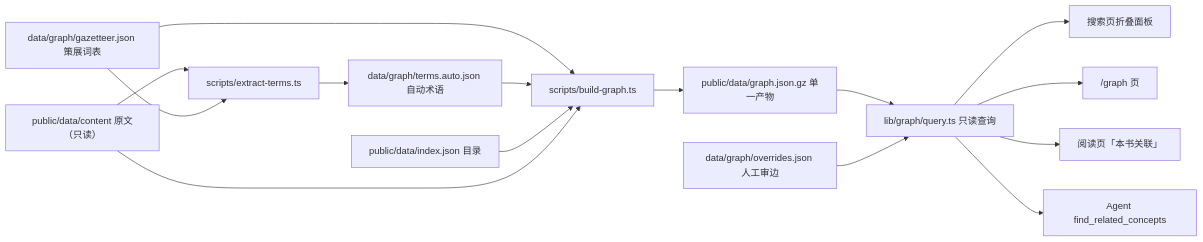
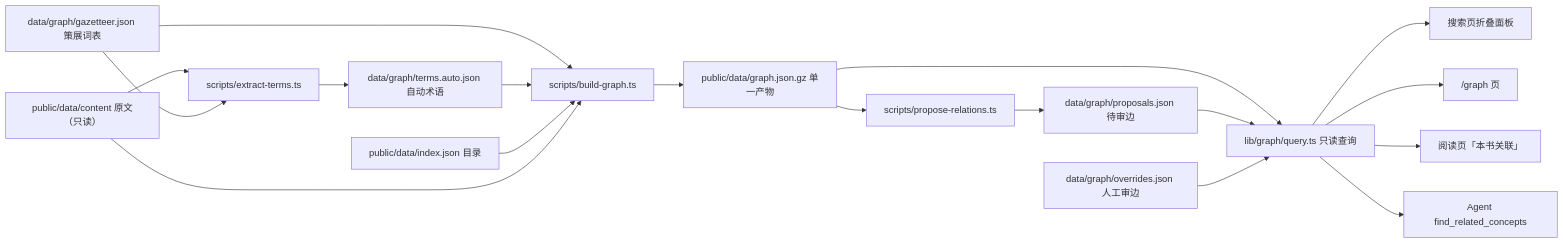
Before and after one commit to DaimaRuge/daozang-web-main: the first of 2 diagrams in docs/ARCHITECTURE.md, drawn with Mermaid. The commit also changed other lines of this file and 19 other files, not shown here.

First line of the commit message:
feat(graph): 补神祇上位、目录简繁筛选、待审关系抽取

````diff
--- a/docs/ARCHITECTURE.md
+++ b/docs/ARCHITECTURE.md
@@ -59,17 +59,20 @@
 ```mermaid
 flowchart LR
   content["public/data/content 原文（只读）"] --> extract["scripts/extract-terms.ts"]
   gaz["data/graph/gazetteer.json 策展词表"] --> extract
   extract --> auto["data/graph/terms.auto.json 自动术语"]
   gaz --> build["scripts/build-graph.ts"]
   auto --> build
   idx["public/data/index.json 目录"] --> build
   content --> build
   build --> artifact["public/data/graph.json.gz 单一产物"]
   artifact --> query["lib/graph/query.ts 只读查询"]
+  artifact --> propose["scripts/propose-relations.ts"]
+  propose --> proposals["data/graph/proposals.json 待审边"]
+  proposals --> query
   query --> search["搜索页折叠面板"]
   query --> page["/graph 页"]
   query --> reader["阅读页「本书关联」"]
   query --> agent["Agent find_related_concepts"]
   ov["data/graph/overrides.json 人工审边"] --> query
 ```
````
